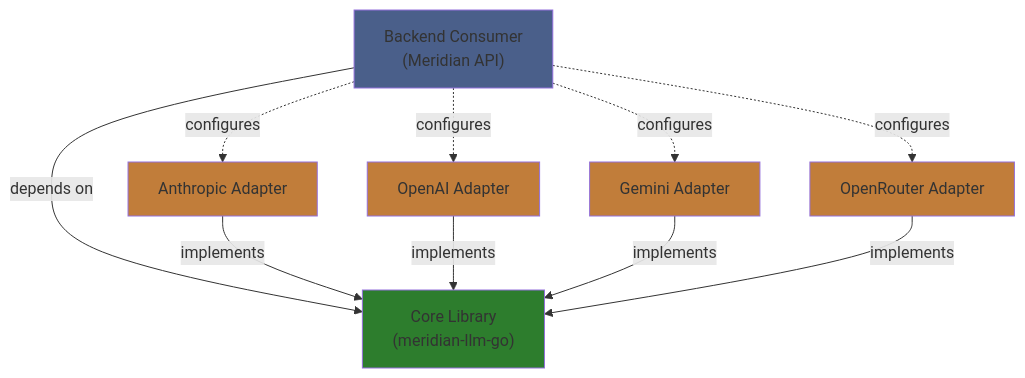
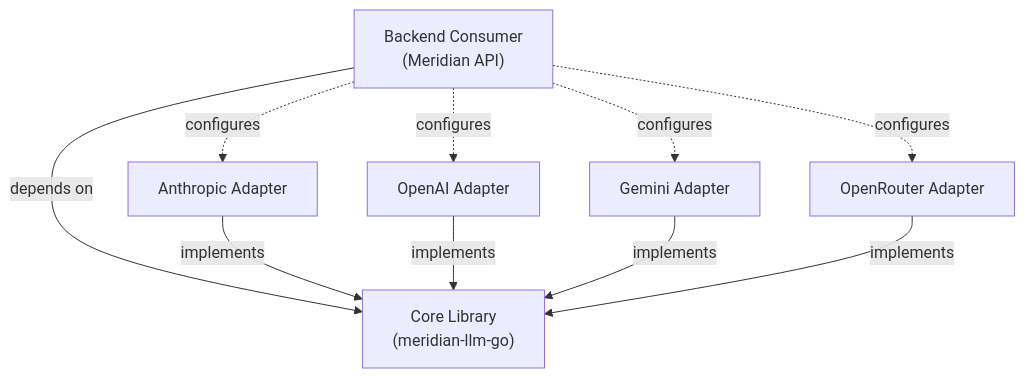
Before and after one commit to haowjy/meridian-flow: the first of 2 diagrams in _docs/technical/llm/architecture.md, drawn with Mermaid. The commit also changed 46 other files, not shown here.

````diff
--- a/_docs/technical/llm/architecture.md
+++ b/_docs/technical/llm/architecture.md
@@ -22,27 +22,21 @@
 ```mermaid
 graph TB
     Consumer["Backend Consumer<br/>(Meridian API)"]
     Core["Core Library<br/>(meridian-llm-go)"]
     Anthropic["Anthropic Adapter"]
     OpenAI["OpenAI Adapter"]
     Gemini["Gemini Adapter"]
     OpenRouter["OpenRouter Adapter"]
 
     Consumer -->|depends on| Core
     Consumer -.->|configures| Anthropic
     Consumer -.->|configures| OpenAI
     Consumer -.->|configures| Gemini
     Consumer -.->|configures| OpenRouter
 
     Anthropic -->|implements| Core
     OpenAI -->|implements| Core
     Gemini -->|implements| Core
     OpenRouter -->|implements| Core
 
-    style Core fill:#2d7d2d
-    style Consumer fill:#4a5f8a
-    style Anthropic fill:#c17d3a
-    style OpenAI fill:#c17d3a
-    style Gemini fill:#c17d3a
-    style OpenRouter fill:#c17d3a
 ```
````
